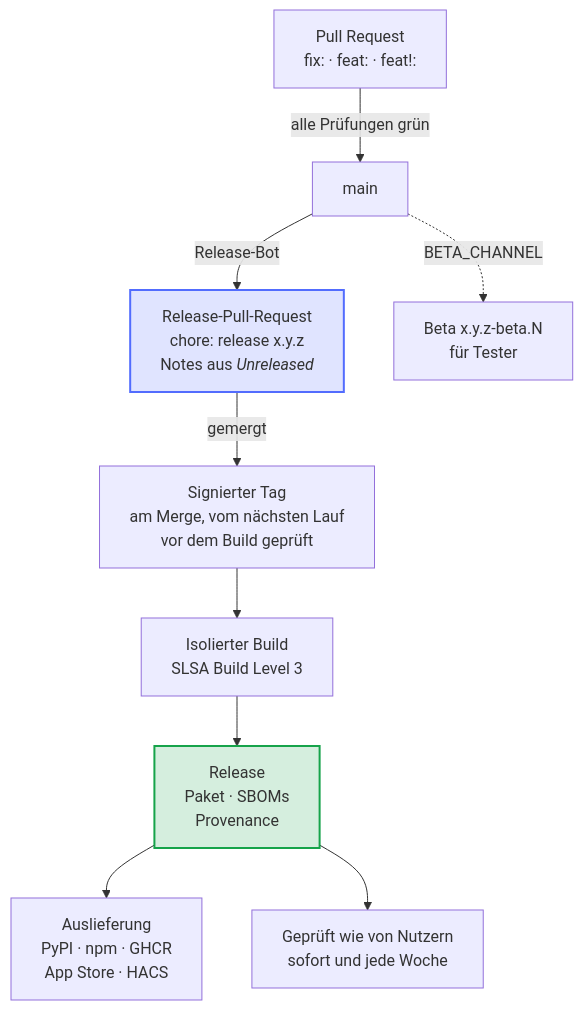
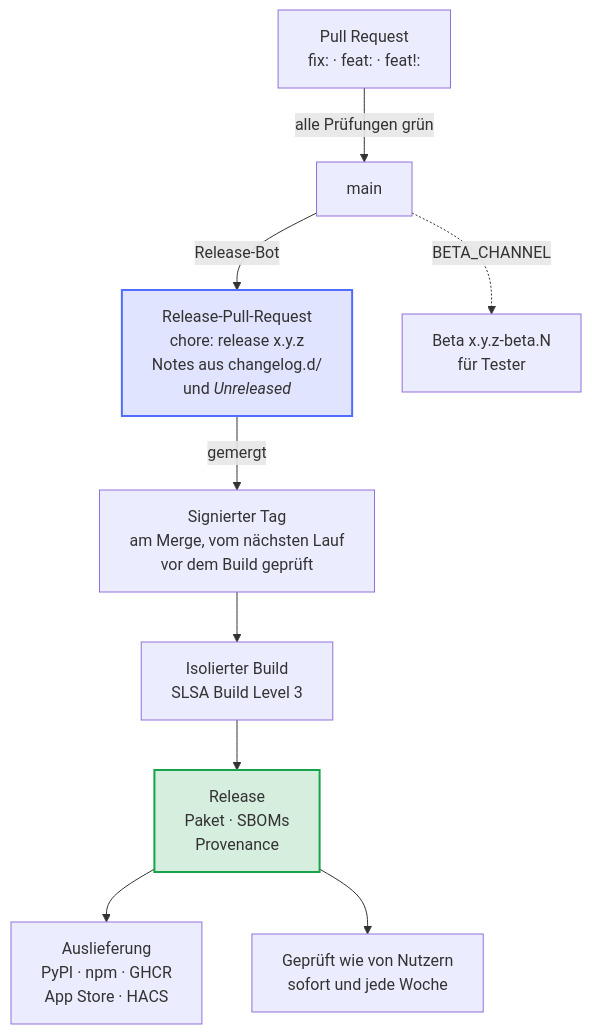
The diagram in docs/diagrams/from-a-change-to-a-release.de.mmd (Dennis-Otto/repo-blueprint), drawn with Mermaid before and after one commit. The commit also changed 45 other files, not shown here.

First line of the commit message:
feat: changelog fragments, so parallel pull requests stop conflicting (#193)

```diff
--- a/docs/diagrams/from-a-change-to-a-release.de.mmd
+++ b/docs/diagrams/from-a-change-to-a-release.de.mmd
@@ -1,30 +1,30 @@
 ---
 config:
   flowchart:
     wrappingWidth: 400
 ---
 flowchart TB
     accTitle: Von einer Änderung zum Release
-    accDescr: Ein Pull Request mit dem Titel fix, feat oder feat! merged in main, sobald alle Prüfungen grün sind. Der Release-Bot hält einen Release-Pull-Request mit der nächsten Version und dem Text von Unreleased. Sein Merge signiert zuerst seinen Tag, im nächsten Lauf des Release-Bots, baut dann das Release isoliert, sobald der Tag geprüft ist, signiert und veröffentlicht es, liefert es aus und prüft es, sofort und jede Woche. Mit BETA_CHANNEL wird außerdem jede Änderung für Nutzer zu einer Beta.
+    accDescr: Ein Pull Request mit dem Titel fix, feat oder feat! merged in main, sobald alle Prüfungen grün sind. Der Release-Bot hält einen Release-Pull-Request mit der nächsten Version und dem Text der Fragmente und von Unreleased. Sein Merge signiert zuerst seinen Tag, im nächsten Lauf des Release-Bots, baut dann das Release isoliert, sobald der Tag geprüft ist, signiert und veröffentlicht es, liefert es aus und prüft es, sofort und jede Woche. Mit BETA_CHANNEL wird außerdem jede Änderung für Nutzer zu einer Beta.
 
     pr["Pull Request<br>fix: · feat: · feat!:"]
     main["main"]
-    rpr["`Release-Pull-Request<br>chore: release x.y.z<br>Notes aus *Unreleased*`"]
+    rpr["`Release-Pull-Request<br>chore: release x.y.z<br>Notes aus changelog.d/<br>und *Unreleased*`"]
     beta["Beta x.y.z-beta.N<br>für Tester"]
     tag["Signierter Tag<br>am Merge, vom nächsten Lauf<br>vor dem Build geprüft"]
     build["Isolierter Build<br>SLSA Build Level 3"]
     release["Release<br>Paket · SBOMs<br>Provenance"]
     deliver["Auslieferung<br>PyPI · npm · GHCR<br>App Store · HACS"]
     verify["Geprüft wie von Nutzern<br>sofort und jede Woche"]
 
     pr -- "alle Prüfungen grün" --> main
     main -- "Release-Bot" --> rpr
     main -. "BETA_CHANNEL" .-> beta
     rpr -- "gemergt" --> tag --> build --> release
     release --> deliver
     release --> verify
 
     classDef bot fill:#526cfe2e,stroke:#526cfe,stroke-width:2px
     classDef done fill:#16a34a2e,stroke:#16a34a,stroke-width:2px
     class rpr bot
     class release done
```
